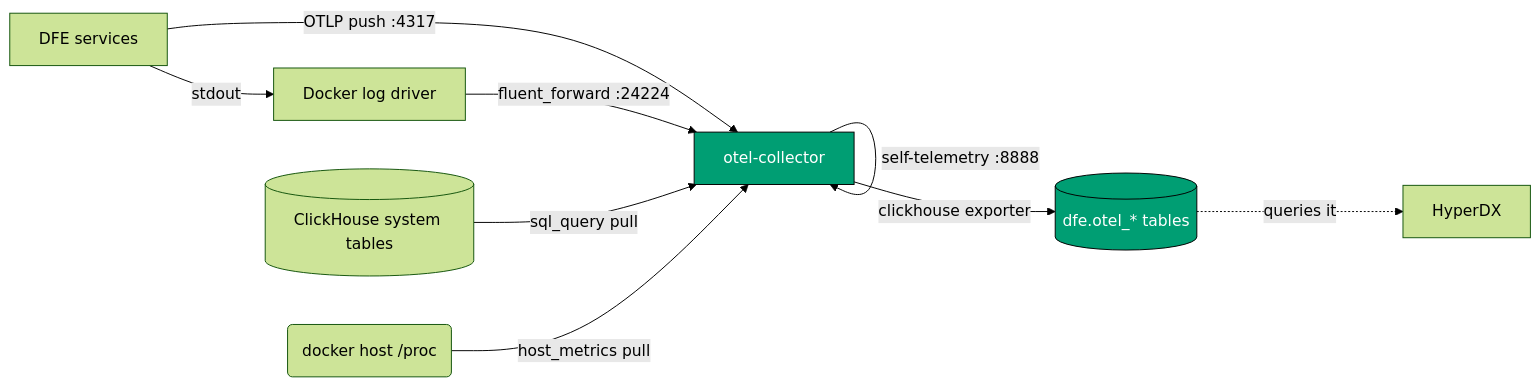
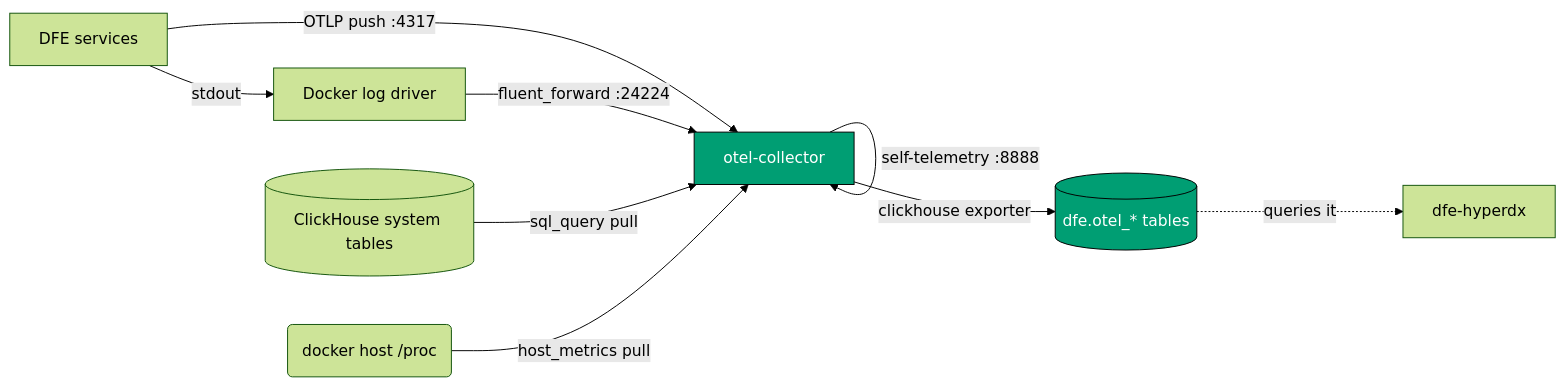
Before and after one commit to hyperi-io/dfe-docker: the diagram in docs/observability.md, drawn with Mermaid (forest theme). The commit also changed other lines of this file and 25 other files, not shown here.

First line of the commit message:
fix(docs): name the search console dfe-hyperdx

````diff
--- a/docs/observability.md
+++ b/docs/observability.md
@@ -70,14 +70,14 @@
 ```mermaid
 flowchart LR
     apps["DFE services"] -->|OTLP push :4317| col["otel-collector"]
     apps -->|stdout| drv["Docker log driver"]
     drv -->|fluent_forward :24224| col
     chsrv[(ClickHouse system tables)] -->|sql_query pull| col
     host("docker host /proc") -->|host_metrics pull| col
     col -->|self-telemetry :8888| col
     col -->|clickhouse exporter| ch[(dfe.otel_* tables)]
-    ch -.->|queries it| hdx["HyperDX"]
+    ch -.->|queries it| hdx["dfe-hyperdx"]
 
     classDef on fill:#009E73,color:#ffffff,stroke:#000000
     class col,ch on
 ```
````
